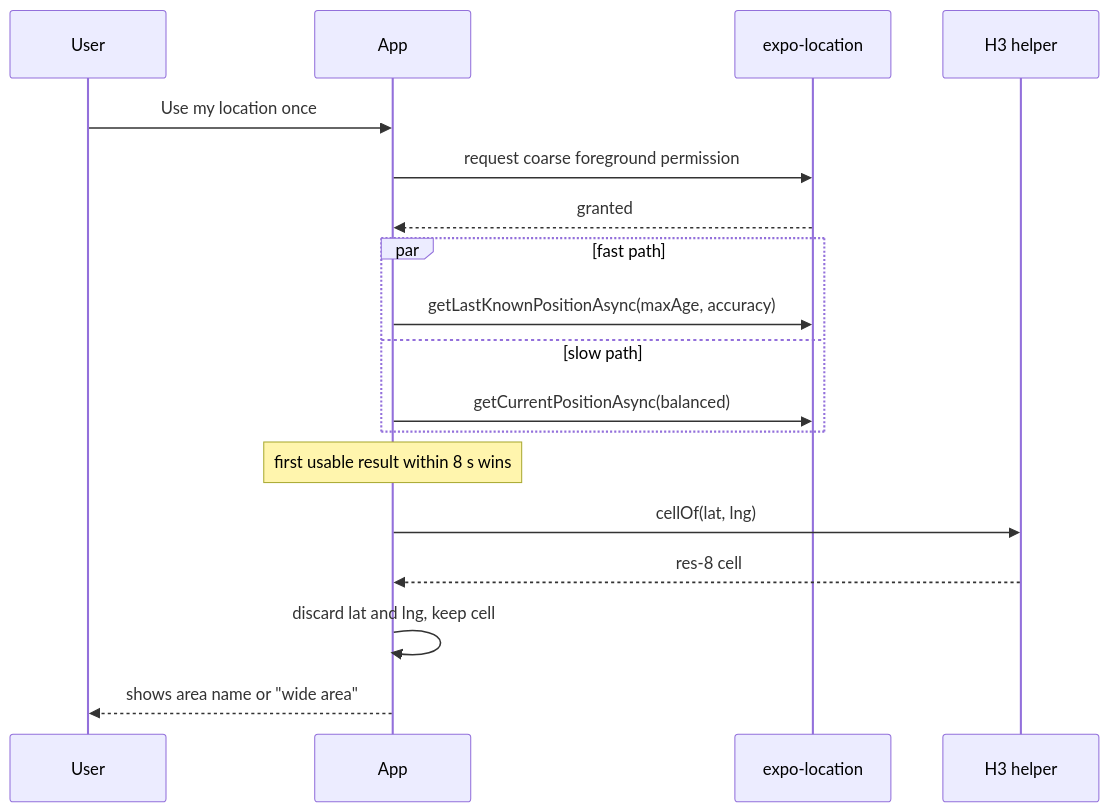
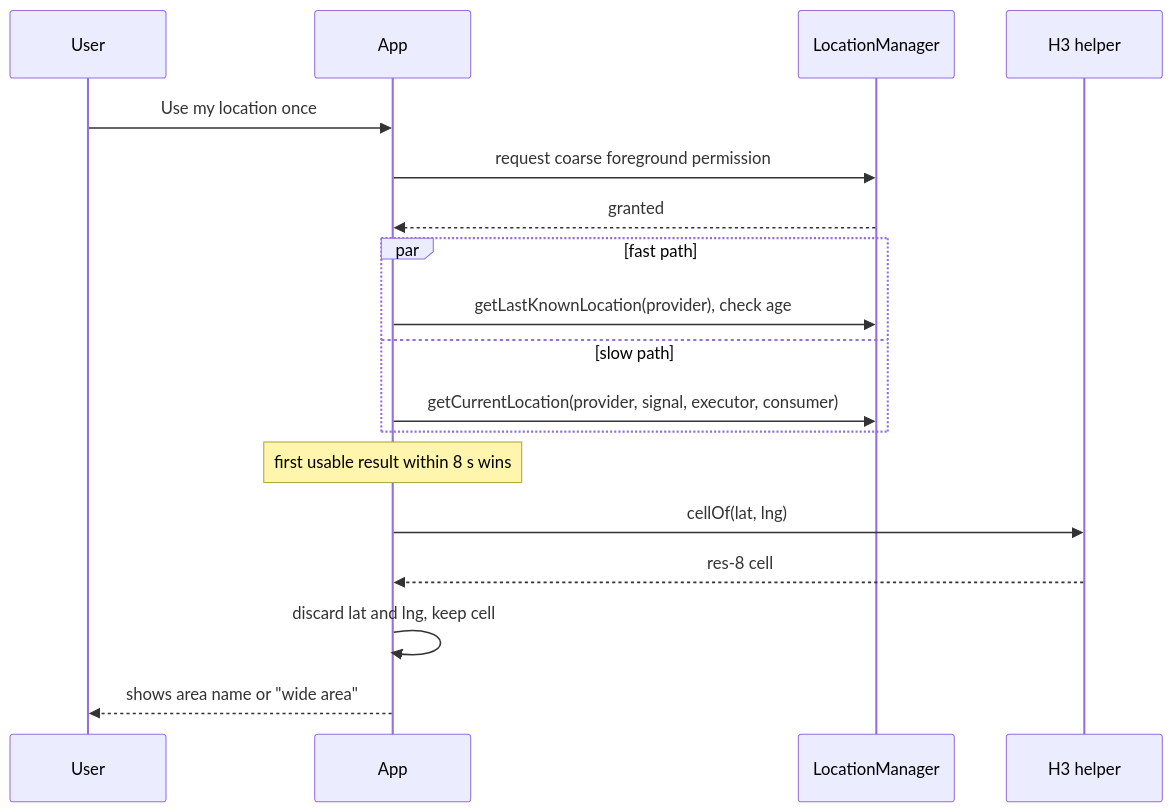
Before and after one commit to 3akare/outage: the third of 4 diagrams in .kiro/specs/onboarding/design.md, drawn with Mermaid. The commit also changed other lines of this file and 108 other files, not shown here.

````diff
--- a/.kiro/specs/onboarding/design.md
+++ b/.kiro/specs/onboarding/design.md
@@ -53,20 +53,20 @@
 ```mermaid
 sequenceDiagram
     participant U as User
     participant A as App
-    participant L as expo-location
+    participant L as LocationManager
     participant H as H3 helper
     U->>A: Use my location once
     A->>L: request coarse foreground permission
     L-->>A: granted
     par fast path
-        A->>L: getLastKnownPositionAsync(maxAge, accuracy)
+        A->>L: getLastKnownLocation(provider), check age
     and slow path
-        A->>L: getCurrentPositionAsync(balanced)
+        A->>L: getCurrentLocation(provider, signal, executor, consumer)
     end
     Note over A: first usable result within 8 s wins
     A->>H: cellOf(lat, lng)
     H-->>A: res-8 cell
     A->>A: discard lat and lng, keep cell
     A-->>U: shows area name or "wide area"
 ```
````
